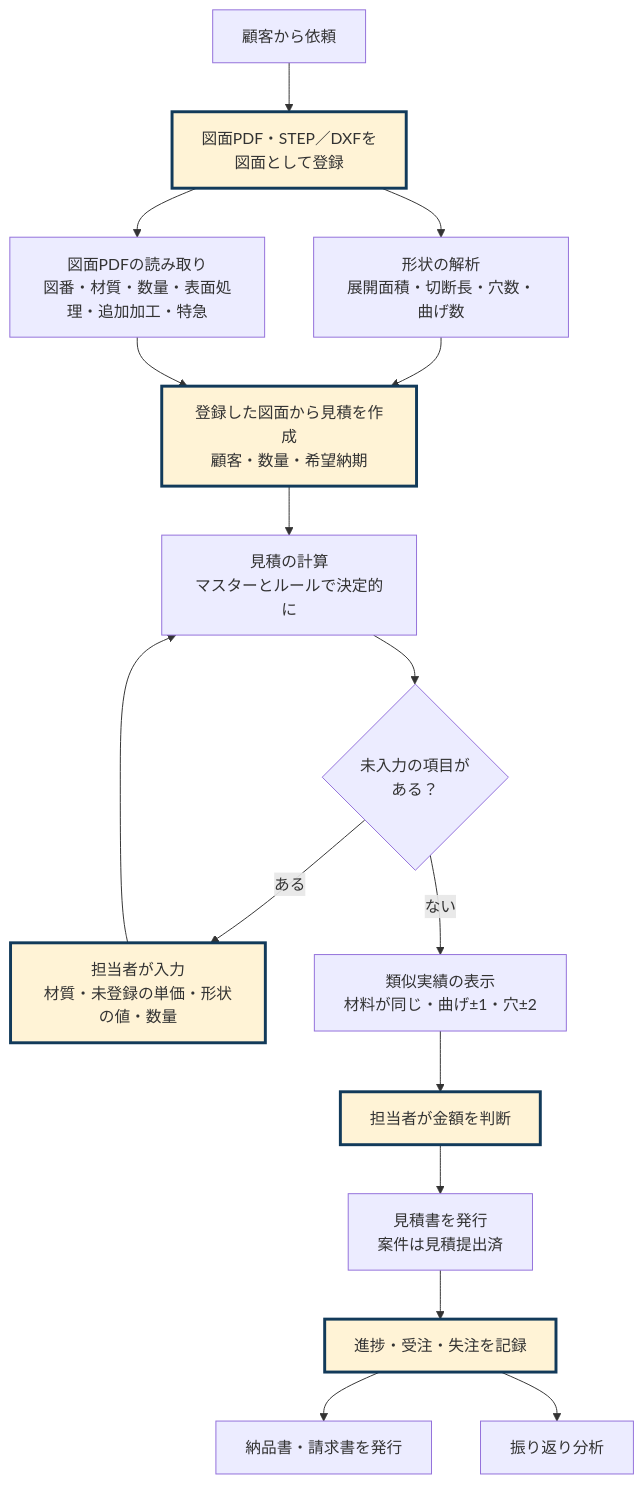
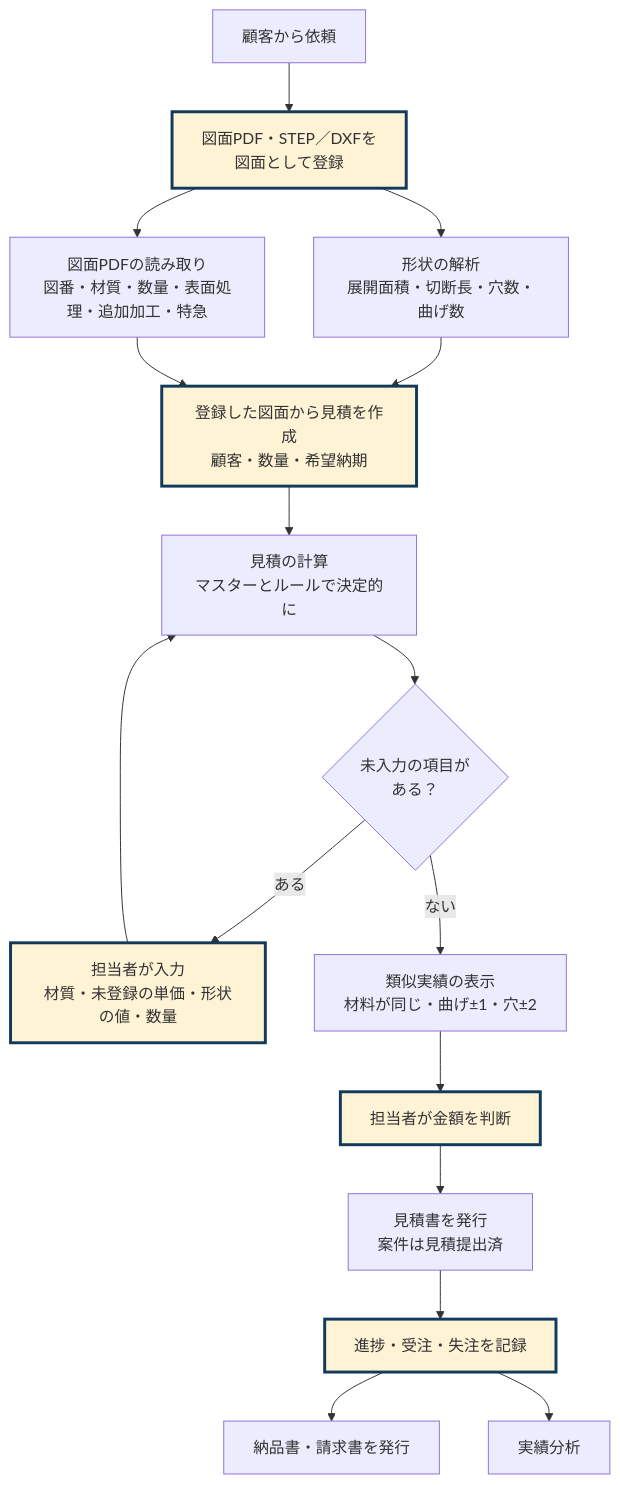
The third of 5 diagrams in docs/01_要件定義書.md (1975020t/step_analysis_for_automatic-estimate), drawn with Mermaid before and after one commit. The commit also changed other lines of this file and 93 other files, not shown here.

````diff
--- a/docs/01_要件定義書.md
+++ b/docs/01_要件定義書.md
@@ -89,19 +89,19 @@
 ```mermaid 図 システム導入後の流れ（担当者の作業は太枠）
 flowchart TD
   r[顧客から依頼] --> u[図面PDF・STEP／DXFを<br/>図面として登録]:::man
   u --> a[形状の解析<br/>展開面積・切断長・穴数・曲げ数]
   u --> b[図面PDFの読み取り<br/>図番・材質・数量・表面処理・追加加工・特急]
   a --> e[登録した図面から見積を作成<br/>顧客・数量・希望納期]:::man
   b --> e
   e --> q[見積の計算<br/>マスターとルールで決定的に]
   q --> k{未入力の項目が<br/>ある？}
   k -- ある --> m[担当者が入力<br/>材質・未登録の単価・形状の値・数量]:::man
   m --> q
   k -- ない --> s[類似実績の表示<br/>材料が同じ・曲げ±1・穴±2]
   s --> j[担当者が金額を判断]:::man
   j --> d[見積書を発行<br/>案件は見積提出済]
   d --> o[進捗・受注・失注を記録]:::man
   o --> n[納品書・請求書を発行]
-  o --> v[振り返り分析]
+  o --> v[実績分析]
   classDef man stroke-width:3px,stroke:#123a5a,fill:#fff3d6;
 ```
````
